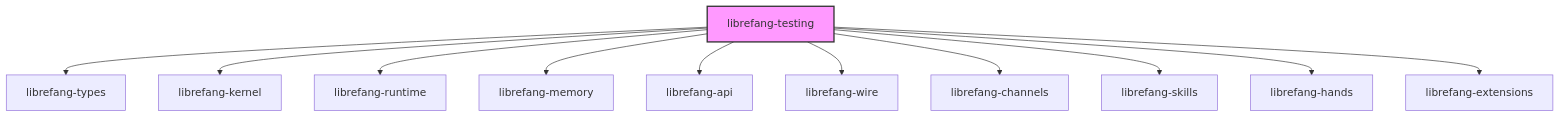
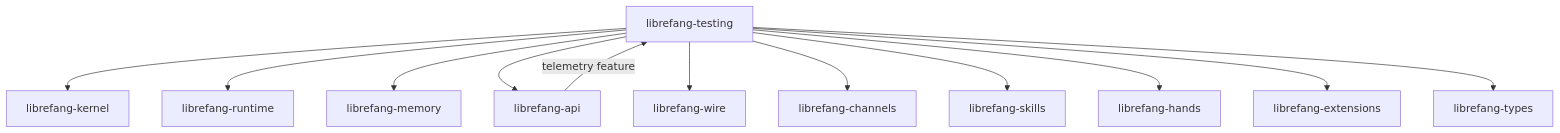
The diagram in other-librefang-testing.md (leszek3737/librefang-WIki), drawn with Mermaid before and after one commit. The commit also changed other lines of this file and 98 other files, not shown here.

````diff
--- a/other-librefang-testing.md
+++ b/other-librefang-testing.md
@@ -17,15 +13,14 @@
 ```mermaid
 graph TD
-    TT[librefang-testing]
-    TT --> LT[librefang-types]
-    TT --> LK[librefang-kernel]
-    TT --> LR[librefang-runtime]
-    TT --> LM[librefang-memory]
-    TT --> LA[librefang-api]
-    TT --> LW[librefang-wire]
-    TT --> LC[librefang-channels]
-    TT --> LS[librefang-skills]
-    TT --> LH[librefang-hands]
-    TT --> LE[librefang-extensions]
-    style TT fill:#f9f,stroke:#333,stroke-width:2px
+    T[librefang-testing] --> K[librefang-kernel]
+    T --> RT[librefang-runtime]
+    T --> M[librefang-memory]
+    T --> A[librefang-api]
+    T --> W[librefang-wire]
+    T --> C[librefang-channels]
+    T --> S[librefang-skills]
+    T --> H[librefang-hands]
+    T --> E[librefang-extensions]
+    T --> TY[librefang-types]
+    A --> |"telemetry feature"| T
 ```
````
